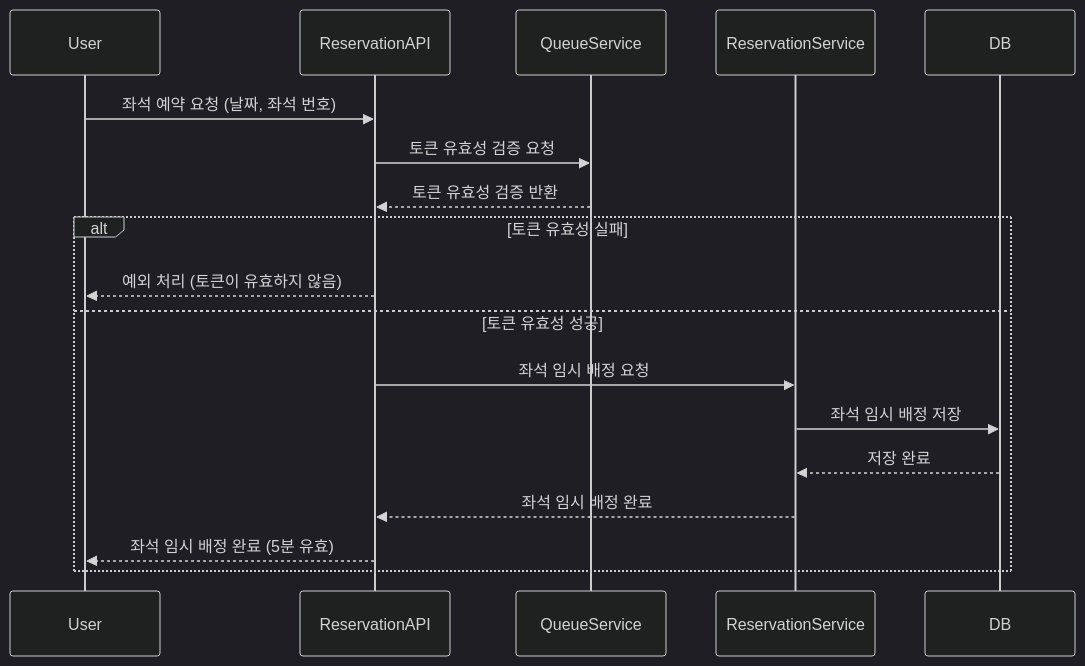
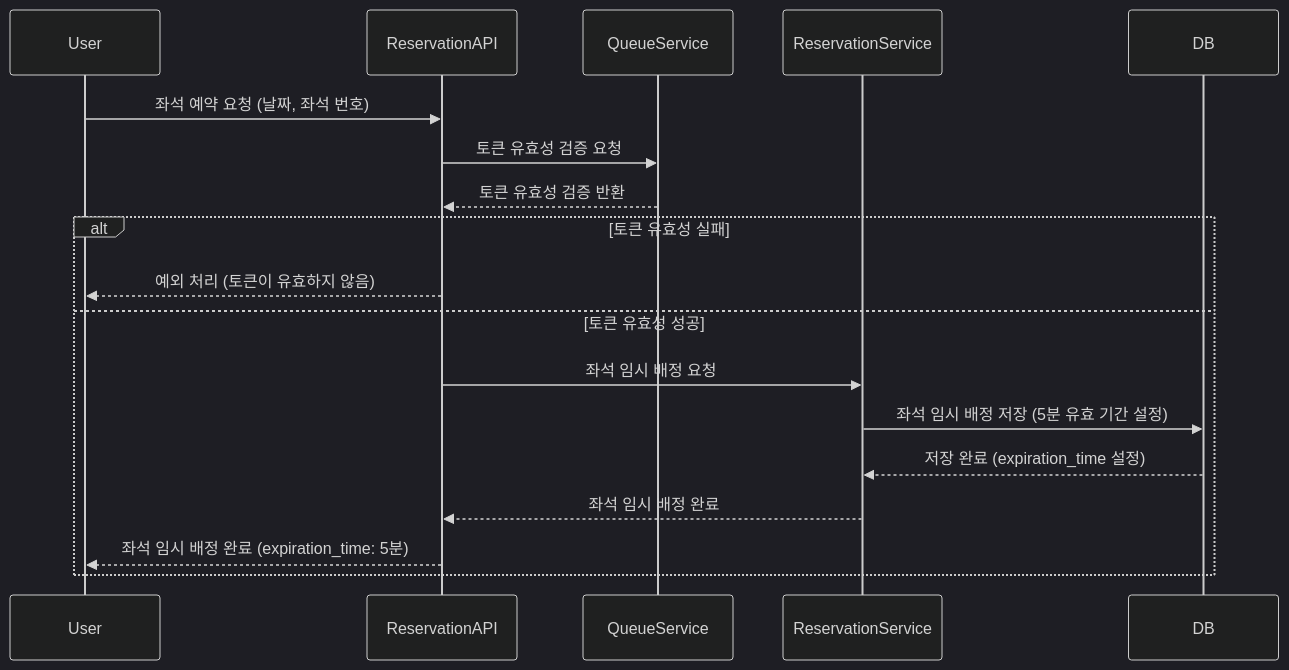
The fourth of 7 diagrams in hhplus-concert/src/docs/sequence_diagram.md (JEONGBEOMKO/hhplus-concert), drawn with Mermaid (dark theme) before and after one commit. The commit also changed other lines of this file and 1 other file, not shown here.

First line of the commit message:
Ref: ERD 수정, 시퀀스 다이어그램 수정

````diff
--- a/hhplus-concert/src/docs/sequence_diagram.md
+++ b/hhplus-concert/src/docs/sequence_diagram.md
@@ -80,22 +80,22 @@
 ```mermaid
 sequenceDiagram
     participant User
     participant ReservationAPI
     participant QueueService
     participant ReservationService
     participant DB
 
     User->>ReservationAPI: 좌석 예약 요청 (날짜, 좌석 번호)
     ReservationAPI->>QueueService: 토큰 유효성 검증 요청
     QueueService-->>ReservationAPI: 토큰 유효성 검증 반환
 
     alt 토큰 유효성 실패
         ReservationAPI-->>User: 예외 처리 (토큰이 유효하지 않음)
     else 토큰 유효성 성공
         ReservationAPI->>ReservationService: 좌석 임시 배정 요청
-        ReservationService->>DB: 좌석 임시 배정 저장
-        DB-->>ReservationService: 저장 완료
+        ReservationService->>DB: 좌석 임시 배정 저장 (5분 유효 기간 설정)
+        DB-->>ReservationService: 저장 완료 (expiration_time 설정)
         ReservationService-->>ReservationAPI: 좌석 임시 배정 완료
-        ReservationAPI-->>User: 좌석 임시 배정 완료 (5분 유효)
+        ReservationAPI-->>User: 좌석 임시 배정 완료 (expiration_time: 5분)
     end
 ```
````
